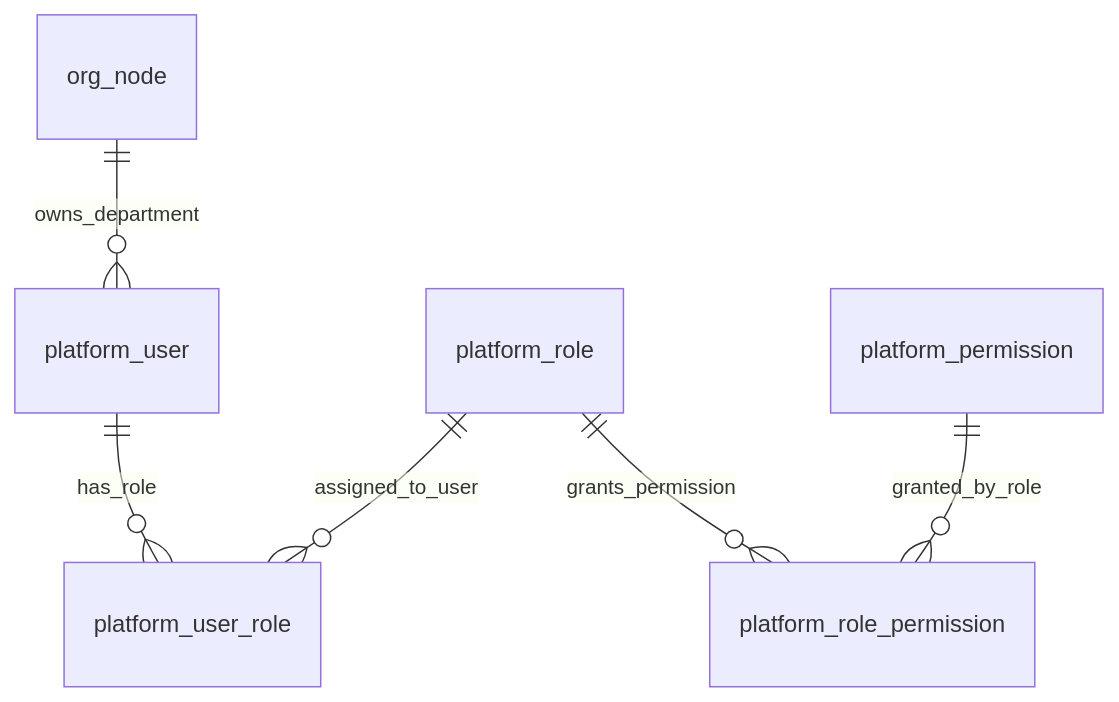
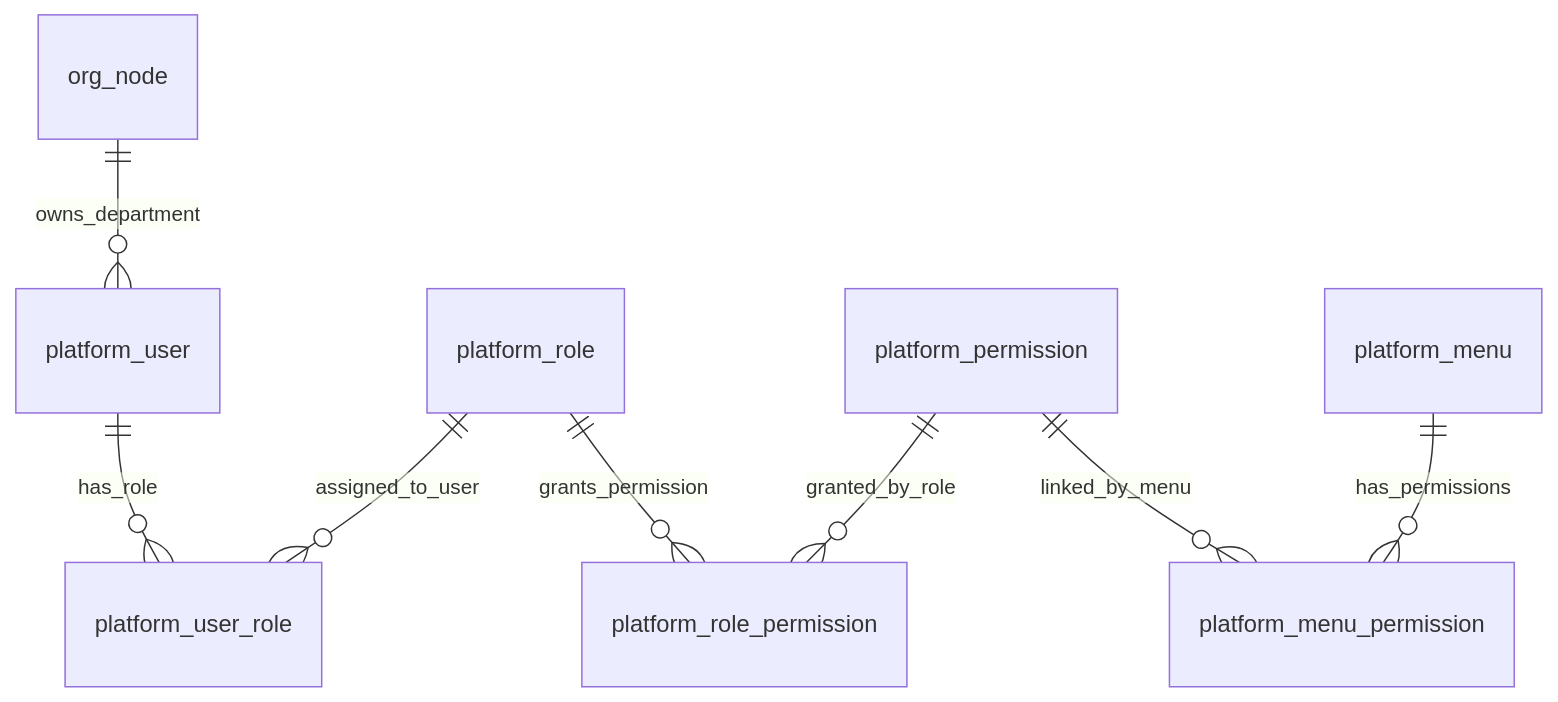
Before and after one commit to mjm13/xj-tysfrz: the second of 2 diagrams in docs/domain/established/data-dictionary.md, drawn with Mermaid. The commit also changed other lines of this file and 45 other files, not shown here.

````diff
--- a/docs/domain/established/data-dictionary.md
+++ b/docs/domain/established/data-dictionary.md
@@ -102,8 +136,10 @@
 ```mermaid
 erDiagram
     org_node ||--o{ platform_user : owns_department
     platform_user ||--o{ platform_user_role : has_role
     platform_role ||--o{ platform_user_role : assigned_to_user
     platform_role ||--o{ platform_role_permission : grants_permission
     platform_permission ||--o{ platform_role_permission : granted_by_role
+    platform_menu ||--o{ platform_menu_permission : has_permissions
+    platform_permission ||--o{ platform_menu_permission : linked_by_menu
 ```
````
